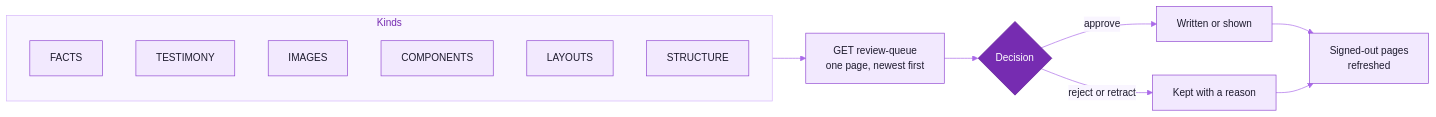
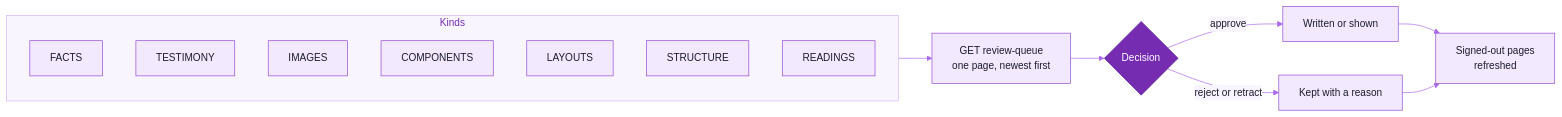
One commit to cxacraftecosystem-ui/KalaVigyan changed the diagram in docs/contracts/review-queue.md. Above: the diagram before and after it, drawn with Mermaid. The commit also changed other lines of this file and 32 other files, not shown here.

````diff
--- a/docs/contracts/review-queue.md
+++ b/docs/contracts/review-queue.md
@@ -21,20 +21,21 @@
 ```mermaid
 %%{init: {"theme":"base","fontFamily":"Inter, ui-sans-serif, system-ui, -apple-system, Segoe UI, Roboto, Helvetica, Arial, sans-serif","themeVariables":{"fontSize":"15px","primaryColor":"#F2E9FE","primaryTextColor":"#1E1B2E","primaryBorderColor":"#9148D2","secondaryColor":"#FAEECD","secondaryTextColor":"#1E1B2E","secondaryBorderColor":"#CD9200","tertiaryColor":"#F3F1FA","tertiaryTextColor":"#1E1B2E","tertiaryBorderColor":"#A7A3BC","mainBkg":"#F2E9FE","nodeBorder":"#9148D2","nodeTextColor":"#1E1B2E","lineColor":"#AA69E9","textColor":"#857F9E","edgeLabelBackground":"#F9F5FF","clusterBkg":"#F9F5FF","clusterBorder":"#D6B6FB","titleColor":"#762CB1"}}}%%
 flowchart LR
   subgraph Kinds
     FA["FACTS"]
     TE["TESTIMONY"]
     IM["IMAGES"]
     CO["COMPONENTS"]
     LA["LAYOUTS"]
     ST["STRUCTURE"]
+    RE["READINGS"]
   end
   Kinds --> Q["GET review-queue<br/>one page, newest first"]
   Q --> D{"Decision"}
   D -->|approve| A["Written or shown"]
   D -->|reject or retract| R["Kept with a reason"]
   A --> RV["Signed-out pages<br/>refreshed"]
   R --> RV
   classDef accent fill:#762CB1,stroke:#5F1C93,color:#FFFFFF
   class D accent
 ```
````
